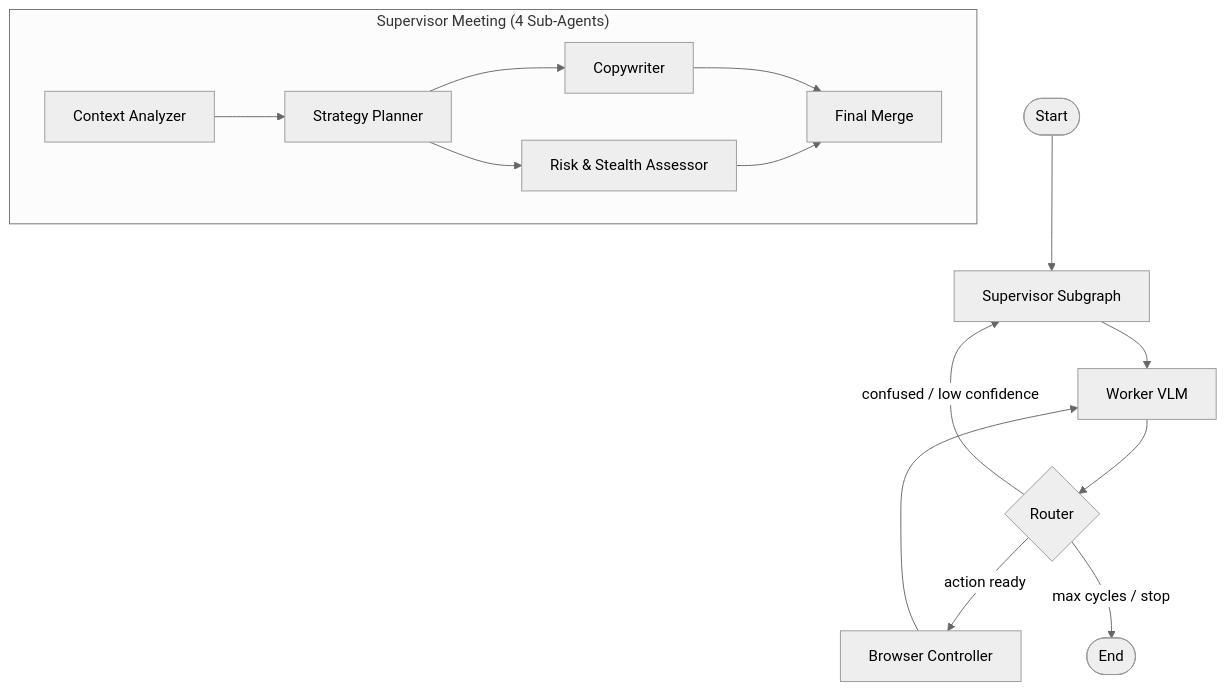
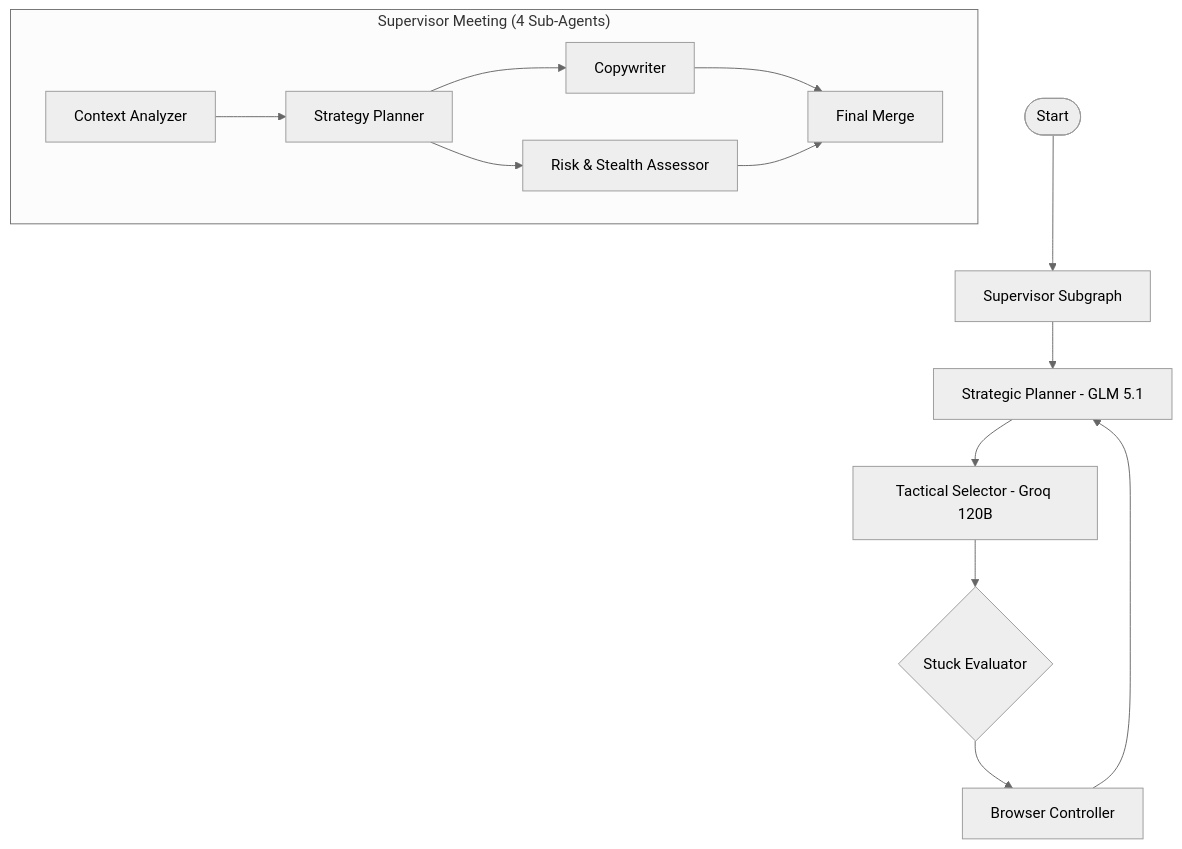
One commit to SandeepAi369/Agent-first-browse changed the diagram in README.md. Above: the diagram before and after it, drawn with Mermaid (neutral theme). The commit also changed other lines of this file and 17 other files, not shown here.

````diff
--- a/README.md
+++ b/README.md
@@ -13,19 +34,18 @@
 ```mermaid
 graph TD
     START([Start]) --> SUP[Supervisor Subgraph]
 
     subgraph SUP_INNER["Supervisor Meeting (4 Sub-Agents)"]
         CA[Context Analyzer] --> SP[Strategy Planner]
         SP --> CW[Copywriter]
         SP --> RS[Risk & Stealth Assessor]
         CW --> FM[Final Merge]
         RS --> FM
     end
 
-    SUP --> WORKER[Worker VLM]
-    WORKER --> ROUTER{Router}
-    ROUTER -->|"action ready"| BC[Browser Controller]
-    ROUTER -->|"confused / low confidence"| SUP
-    ROUTER -->|"max cycles / stop"| END_NODE([End])
-    BC --> WORKER
+    SUP --> STRAT[Strategic Planner - GLM 5.1]
+    STRAT --> TACT[Tactical Selector - Groq 120B]
+    TACT --> STUCK{Stuck Evaluator}
+    STUCK --> BC[Browser Controller]
+    BC --> STRAT
 ```
````
